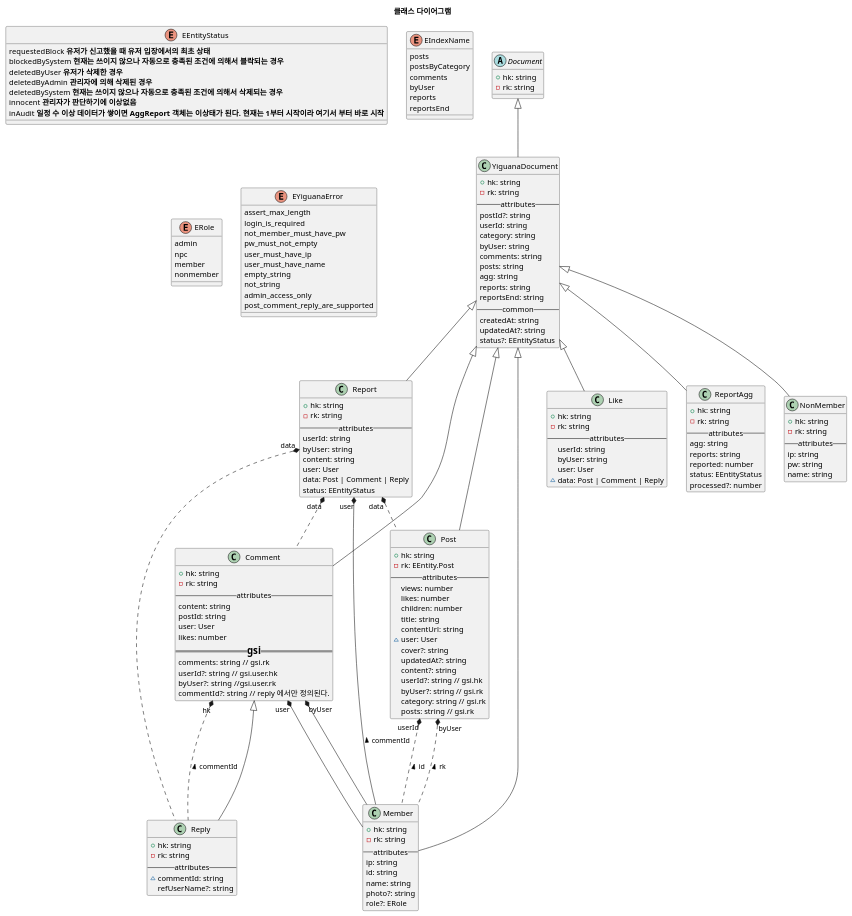
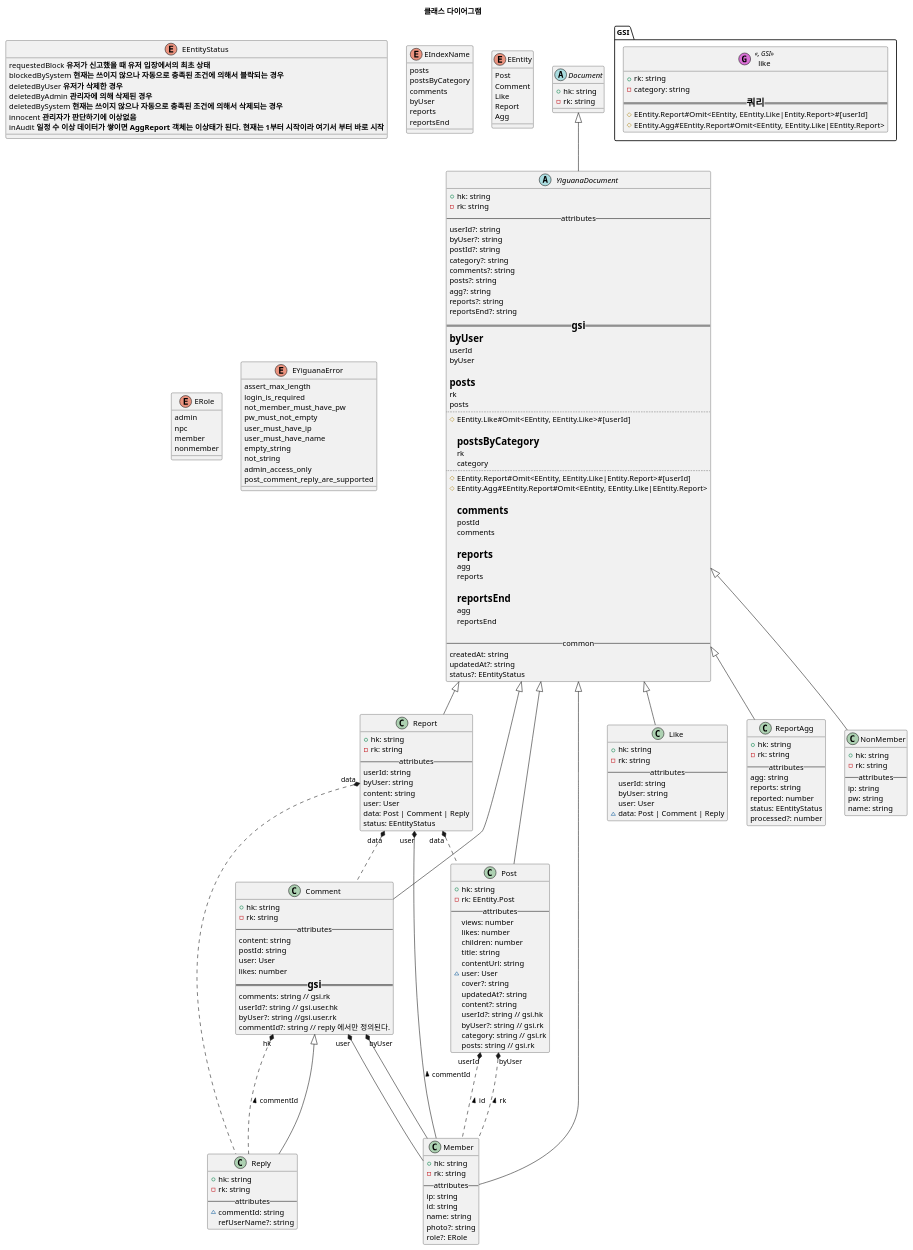
One commit to deptno/yiguana changed the diagram in asset/puml/class-diagram.puml. Above: the diagram before and after it, drawn with PlantUML. The commit also changed 3 other files, not shown here.

Commit message:
chore: 다이어그램, 인덱스 초안 추가

```diff
--- a/asset/puml/class-diagram.puml
+++ b/asset/puml/class-diagram.puml
@@ -6,19 +6,49 @@
     +hk: string
     -rk: string
 }
-class YiguanaDocument extends Document {
+abstract class YiguanaDocument extends Document {
     +hk: string
     -rk: string
     -- attributes --
+    userId?: string
+    byUser?: string
     postId?: string
-    userId: string
-    category: string
-    byUser: string
-    comments: string
-    posts: string
-    agg: string
-    reports: string
-    reportsEnd: string
+    category?: string
+    comments?: string
+    posts?: string
+    agg?: string
+    reports?: string
+    reportsEnd?: string
+    === gsi ==
+    = byUser
+    userId
+    byUser
+
+    = posts
+    rk
+    posts
+    ..
+    #EEntity.Like#Omit<EEntity, EEntity.Like>#[userId]
+
+    = postsByCategory
+    rk
+    category
+    ..
+    #EEntity.Report#Omit<EEntity, EEntity.Like|Entity.Report>#[userId]
+    #EEntity.Agg#EEntity.Report#Omit<EEntity, EEntity.Like|EEntity.Report>
+
+    = comments
+    postId
+    comments
+
+    = reports
+    agg
+    reports
+
+    = reportsEnd
+    agg
+    reportsEnd
+
     -- common --
     createdAt: string
     updatedAt?: string
@@ -142,6 +172,13 @@
   reports
   reportsEnd
 }
+enum EEntity {
+  Post
+  Comment
+  Like
+  Report
+  Agg
+}
 enum ERole {
   admin
   npc
@@ -160,4 +197,19 @@
   admin_access_only
   post_comment_reply_are_supported
 }
+
+
+namespace GSI {
+class like << (G,orchid), GSI >> {
+    +rk: string
+    -category: string
+    === 쿼리 ==
+    #EEntity.Report#Omit<EEntity, EEntity.Like|Entity.Report>#[userId]
+    #EEntity.Agg#EEntity.Report#Omit<EEntity, EEntity.Like|EEntity.Report>
+}
+
+
+
+
+}
 @enduml
```
